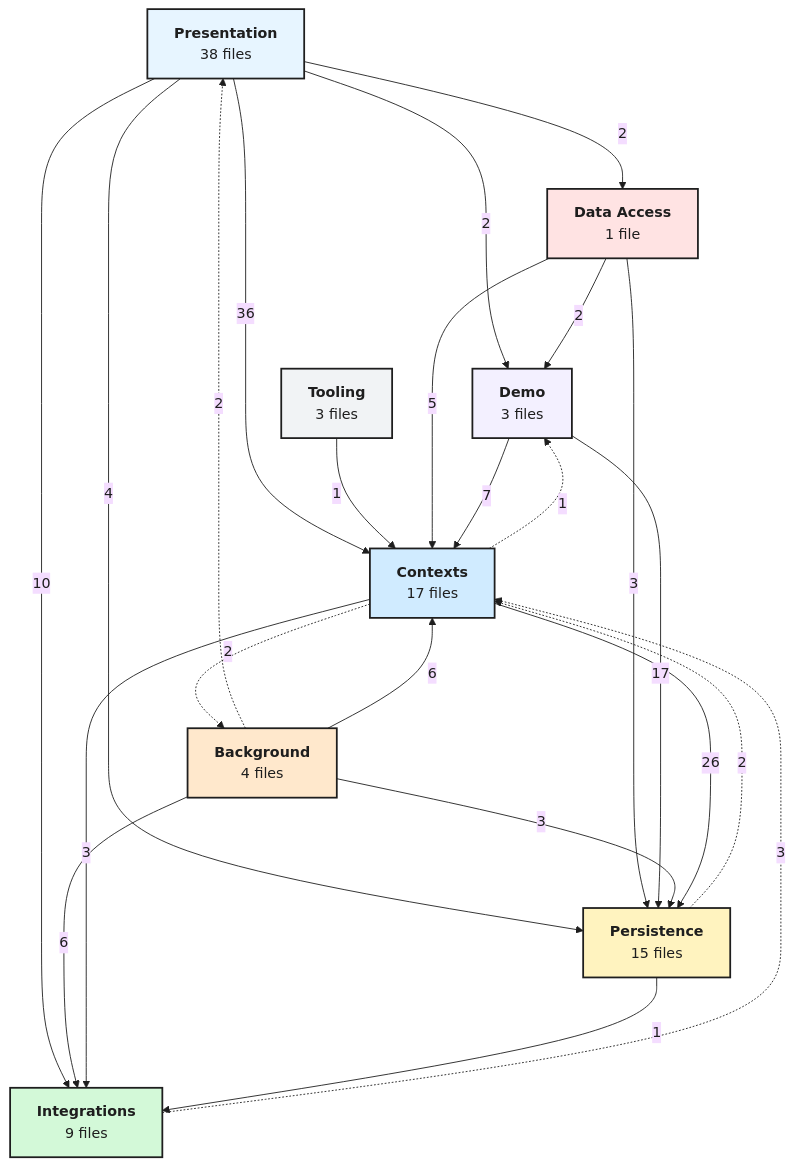
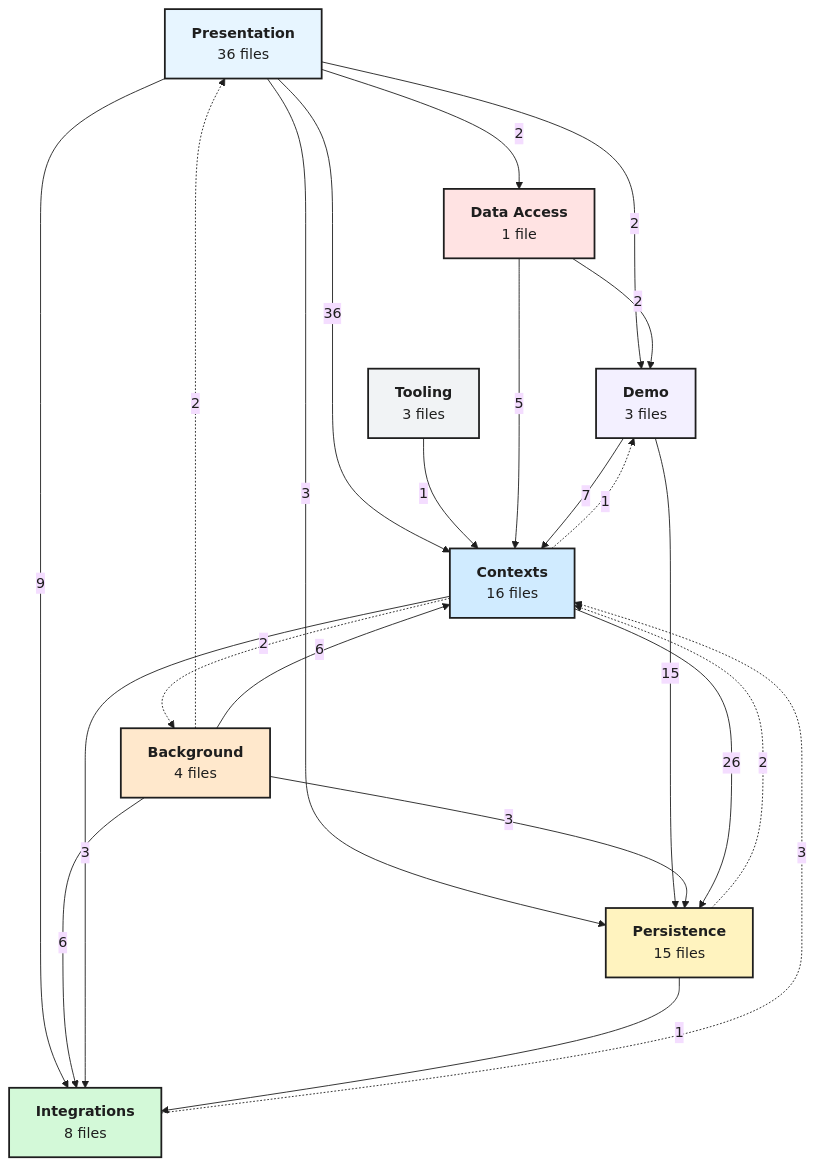
Before and after one commit to sudo-adduser-jordan/tripwire: the second of 2 diagrams in docs/architecture.md, drawn with Mermaid. The commit also changed other lines of this file and 11 other files, not shown here.

````diff
--- a/docs/architecture.md
+++ b/docs/architecture.md
@@ -70,42 +70,41 @@
 ```mermaid
 %%{init: {"theme": "base", "flowchart": {"curve": "basis", "nodeSpacing": 60, "rankSpacing": 100, "wrappingWidth": 200}, "themeVariables": {"fontFamily": "sans-serif", "lineColor": "#1e1e1e", "primaryTextColor": "#1e1e1e"}}}%%
 flowchart TD
-  presentation["<b>Presentation</b><br/>38 files"]:::blue
+  presentation["<b>Presentation</b><br/>36 files"]:::blue
   tooling["<b>Tooling</b><br/>3 files"]:::gray
   data_access["<b>Data Access</b><br/>1 file"]:::rose
   demo["<b>Demo</b><br/>3 files"]:::violet
   background["<b>Background</b><br/>4 files"]:::orange
-  contexts["<b>Contexts</b><br/>17 files"]:::cyan
+  contexts["<b>Contexts</b><br/>16 files"]:::cyan
   persistence["<b>Persistence</b><br/>15 files"]:::yellow
-  integrations["<b>Integrations</b><br/>9 files"]:::green
+  integrations["<b>Integrations</b><br/>8 files"]:::green
   presentation -->|2| data_access
   presentation -->|2| demo
   presentation -->|36| contexts
-  presentation -->|4| persistence
-  presentation -->|10| integrations
+  presentation -->|3| persistence
+  presentation -->|9| integrations
   tooling -->|1| contexts
   data_access -->|2| demo
   data_access -->|5| contexts
-  data_access -->|3| persistence
   demo -->|7| contexts
-  demo -->|17| persistence
+  demo -->|15| persistence
   background -.->|2| presentation
   background -->|6| contexts
   background -->|3| persistence
   background -->|6| integrations
   contexts -.->|1| demo
   contexts -.->|2| background
   contexts -->|26| persistence
   contexts -->|3| integrations
   persistence -.->|2| contexts
   persistence -->|1| integrations
   integrations -.->|3| contexts
   classDef blue fill:#e7f5ff,stroke:#1e1e1e,stroke-width:2px,color:#1e1e1e
   classDef gray fill:#f1f3f5,stroke:#1e1e1e,stroke-width:2px,color:#1e1e1e
   classDef rose fill:#ffe3e3,stroke:#1e1e1e,stroke-width:2px,color:#1e1e1e
   classDef violet fill:#f3f0ff,stroke:#1e1e1e,stroke-width:2px,color:#1e1e1e
   classDef orange fill:#ffe8cc,stroke:#1e1e1e,stroke-width:2px,color:#1e1e1e
   classDef cyan fill:#d0ebff,stroke:#1e1e1e,stroke-width:2px,color:#1e1e1e
   classDef yellow fill:#fff3bf,stroke:#1e1e1e,stroke-width:2px,color:#1e1e1e
   classDef green fill:#d3f9d8,stroke:#1e1e1e,stroke-width:2px,color:#1e1e1e
 ```
````
